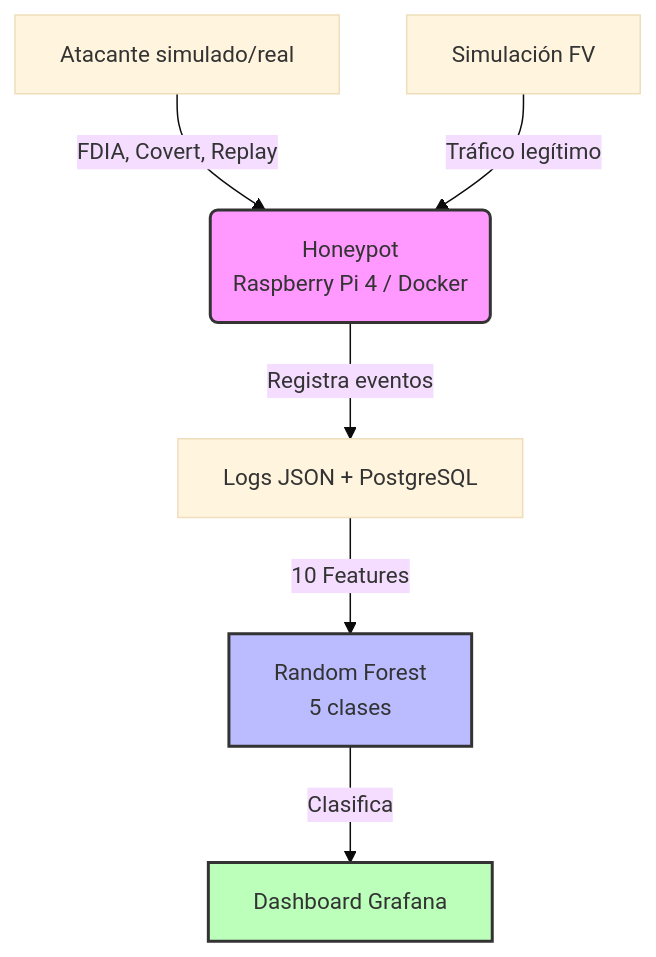
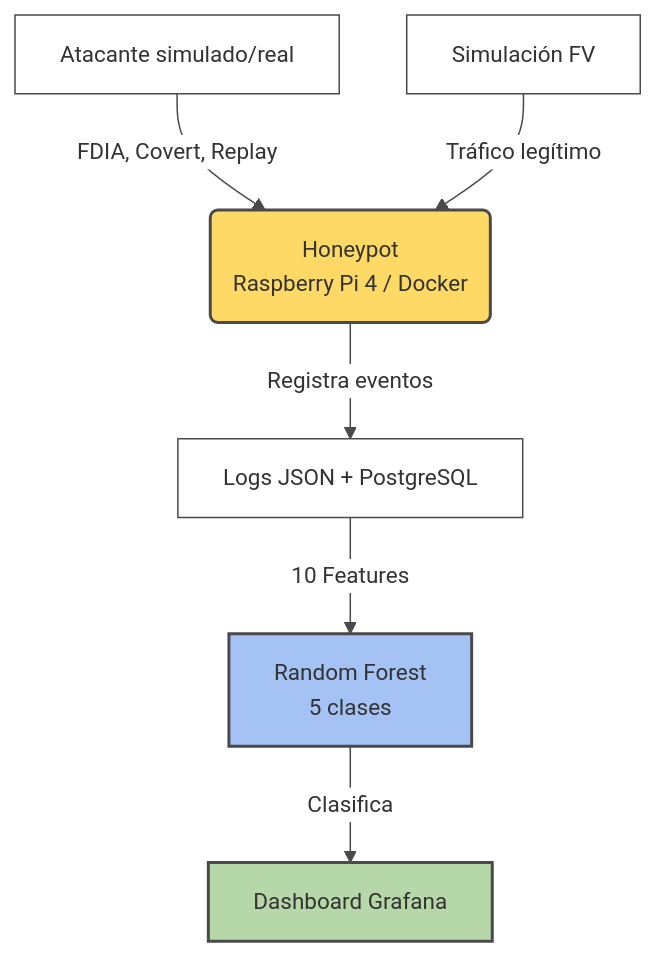
One commit to NicolasReyes001/tesis-honeypot-fv-ml changed the diagram in docs/Semana1/problema_definido.md. Above: the diagram before and after it, drawn with Mermaid.

Commit message:
correcciones Dia 1 semana 1

````diff
--- a/docs/Semana1/problema_definido.md
+++ b/docs/Semana1/problema_definido.md
@@ -82,24 +82,31 @@
 ```mermaid
 %%{init: {
   'theme': 'base',
   'themeVariables': {
-    'fontSize': '15px'
+    'fontSize': '15px',
+    'primaryColor': '#ffffff',
+    'edgeLabelBackground': '#ffffff',
+    'lineColor': '#4a4a4a',
+    'mainBkg': '#ffffff',
+    'nodeBorder': '#4a4a4a',
+    'actorBorder': '#4a4a4a',
+    'textColor': '#1a1a1a'
   },
   'flowchart': {
     'useMaxWidth': true,
     'nodeSpacing': 45,
     'rankSpacing': 55,
     'curve': 'basis'
   }
 }}%%
 graph TD
     A[Atacante simulado/real] -->|FDIA, Covert, Replay| B(Honeypot<br>Raspberry Pi 4 / Docker)
     F[Simulación FV] -->|Tráfico legítimo| B
     B -->|Registra eventos| C[Logs JSON + PostgreSQL]
     C -->|10 Features| D[Random Forest<br>5 clases]
     D -->|Clasifica| E[Dashboard Grafana]
     
-    style B fill:#f9f,stroke:#333,stroke-width:2px
-    style D fill:#bbf,stroke:#333,stroke-width:2px
-    style E fill:#bfb,stroke:#333,stroke-width:2px
+    style B fill:#ffd966,stroke:#4a4a4a,stroke-width:2px
+    style D fill:#a4c2f4,stroke:#4a4a4a,stroke-width:2px
+    style E fill:#b6d7a8,stroke:#4a4a4a,stroke-width:2px
 ```
````
